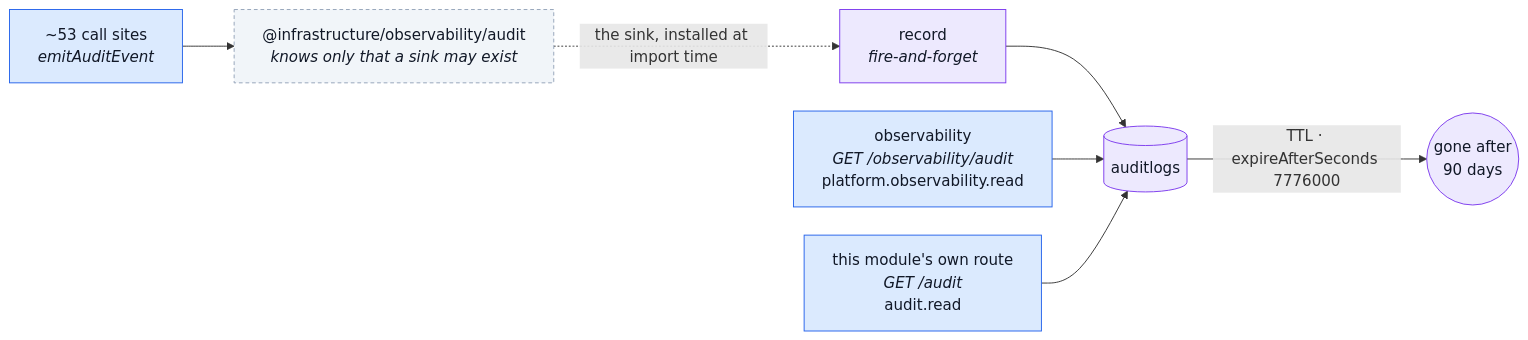
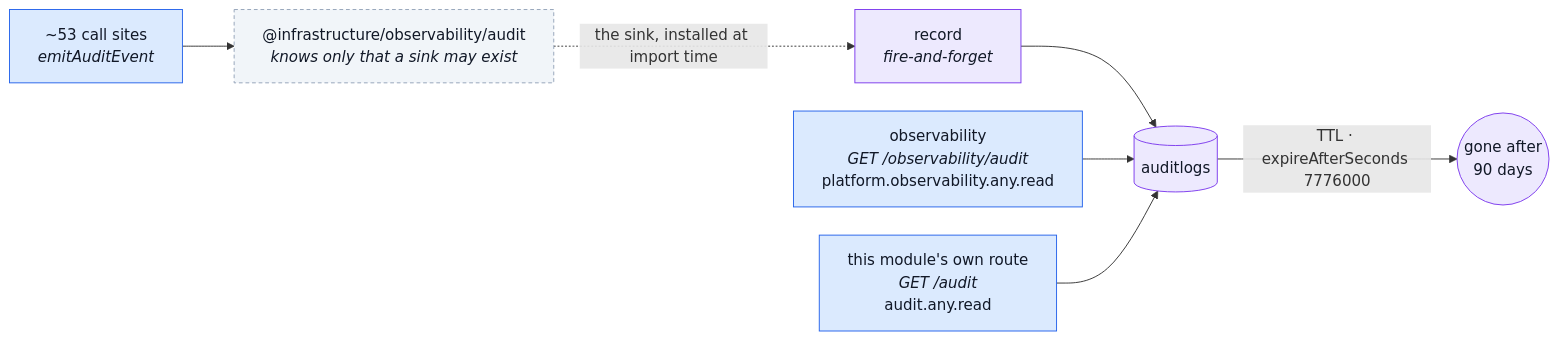
Before and after one commit to Guebbit/boilerplate-node-backend: the second of 2 diagrams in docs/modules/audit-logs.md, drawn with Mermaid. The commit also changed other lines of this file and 81 other files, not shown here.

````diff
--- a/docs/modules/audit-logs.md
+++ b/docs/modules/audit-logs.md
@@ -77,17 +77,17 @@
 ```mermaid
 %%{init: {'flowchart': {'nodeSpacing': 30, 'rankSpacing': 55}}}%%
 flowchart LR
     C["~53 call sites<br/><i>emitAuditEvent</i>"] --> P["@infrastructure/observability/audit<br/><i>knows only that a sink may exist</i>"]
     P -.->|"the sink, installed at import time"| R["record<br/><i>fire-and-forget</i>"]
     R --> M[("auditlogs")]
     M -->|"TTL · expireAfterSeconds 7776000"| X(("gone after<br/>90 days"))
-    O["observability<br/><i>GET /observability/audit</i><br/>platform.observability.read"] --> M
-    S["this module's own route<br/><i>GET /audit</i><br/>audit.read"] --> M
+    O["observability<br/><i>GET /observability/audit</i><br/>platform.observability.any.read"] --> M
+    S["this module's own route<br/><i>GET /audit</i><br/>audit.any.read"] --> M
 
     classDef caller fill:#dbeafe,stroke:#2563eb,color:#111827;
     classDef seam fill:#f1f5f9,stroke:#94a3b8,color:#111827,stroke-dasharray:4 3;
     classDef own fill:#ede9fe,stroke:#7c3aed,color:#111827;
     class C,O,S caller;
     class P seam;
     class R,M,X own;
 ```
````
